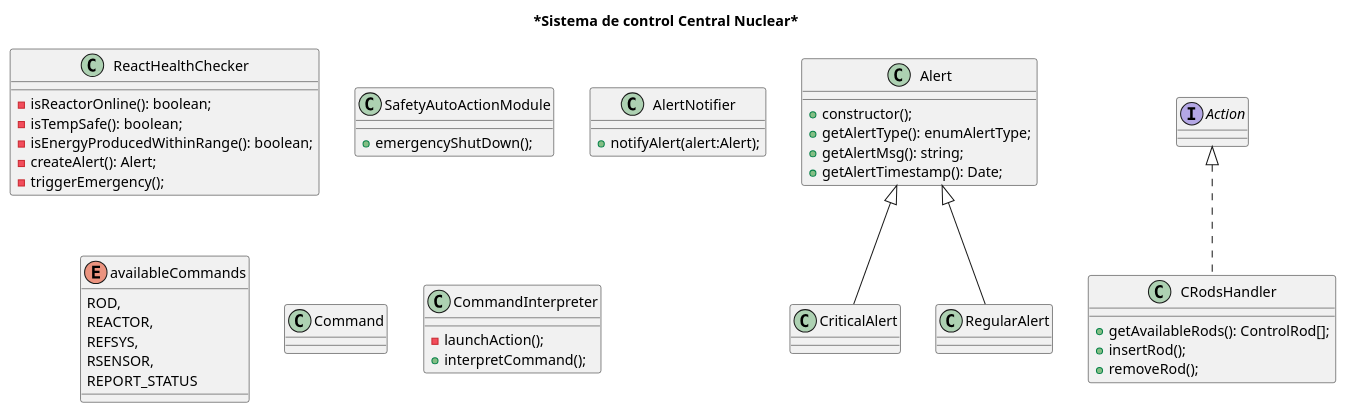
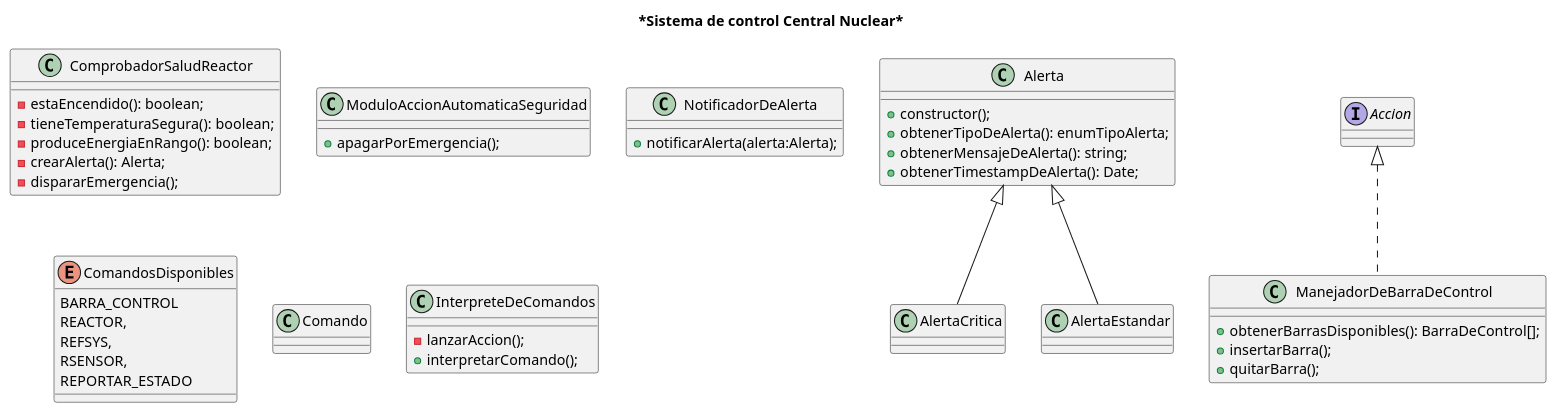
The diagram in Diagrams/controlSystemDiagram.puml (fmiguezo/reactor_nuclear), drawn with PlantUML before and after one commit. The commit also changed 2 other files, not shown here.

Commit message:
Translating diagram and adding comments for updates

```diff
--- a/Diagrams/controlSystemDiagram.puml
+++ b/Diagrams/controlSystemDiagram.puml
@@ -1,74 +1,73 @@
-@startuml
+@startuml 
 
 title ***Sistema de control Central Nuclear***
 
 
-' Data Processing
-
-class ReactHealthChecker {
-    - isReactorOnline(): boolean;
-    - isTempSafe(): boolean;
-    - isEnergyProducedWithinRange(): boolean;
-    - createAlert(): Alert;
-    - triggerEmergency();
-}
-' Safety auto actions
-
-class SafetyAutoActionModule {
-    + emergencyShutDown();
+' Procesamiento de Datos
+class ComprobadorSaludReactor {
+    - estaEncendido(): boolean;
+    - tieneTemperaturaSegura(): boolean;
+    - produceEnergiaEnRango(): boolean;
+    - crearAlerta(): Alerta;
+    - dispararEmergencia();
 }
 
-' Human interface
-
-'' Alert handling
-
-class Alert {
-    + constructor();
-    + getAlertType(): enumAlertType;
-    + getAlertMsg(): string;
-    + getAlertTimestamp(): Date;
+' Acciones automáticas de seguridad
+class ModuloAccionAutomaticaSeguridad {
+    + apagarPorEmergencia();
 }
 
-class CriticalAlert extends Alert {
+' Interfaz humana
+
+'' Manejo de alertas
+
+class Alerta {
+    + constructor();
+    + obtenerTipoDeAlerta(): enumTipoAlerta;
+    + obtenerMensajeDeAlerta(): string;
+    + obtenerTimestampDeAlerta(): Date;
+}
+
+class AlertaCritica extends Alerta {
 
 }
 
-class RegularAlert extends Alert {
+class AlertaEstandar extends Alerta {
 
 }
 
-class AlertNotifier {
-    + notifyAlert(alert:Alert);
+class NotificadorDeAlerta {
+    + notificarAlerta(alerta:Alerta);
 }
 
-'' Command handling
-enum availableCommands {
-    ROD,
+'' Manejo de comandos
+enum ComandosDisponibles {
+    BARRA_CONTROL
     REACTOR,
     REFSYS,
     RSENSOR,
-    REPORT_STATUS
+    REPORTAR_ESTADO
 }
 
-class Command {
+class Comando {
 
 }
 
-class CommandInterpreter {
-    - launchAction();
-    + interpretCommand();
+class InterpreteDeComandos {
+    - lanzarAccion();
+    + interpretarComando();
 }
 
-' Actions
-interface Action {
+' Acciones
+interface Accion {
 
 }
 
-'' Control rods
-class CRodsHandler implements Action {
-    + getAvailableRods(): ControlRod[];
-    + insertRod();
-    + removeRod();
+'' Barras de control
+class ManejadorDeBarraDeControl implements Accion {
+    + obtenerBarrasDisponibles(): BarraDeControl[];
+    + insertarBarra();
+    + quitarBarra();
 }
 
 @enduml
```
